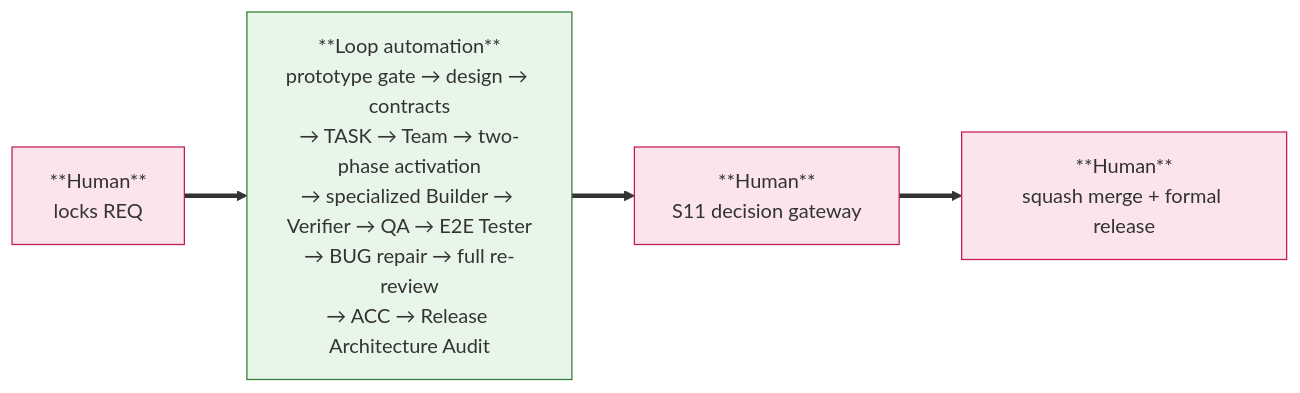
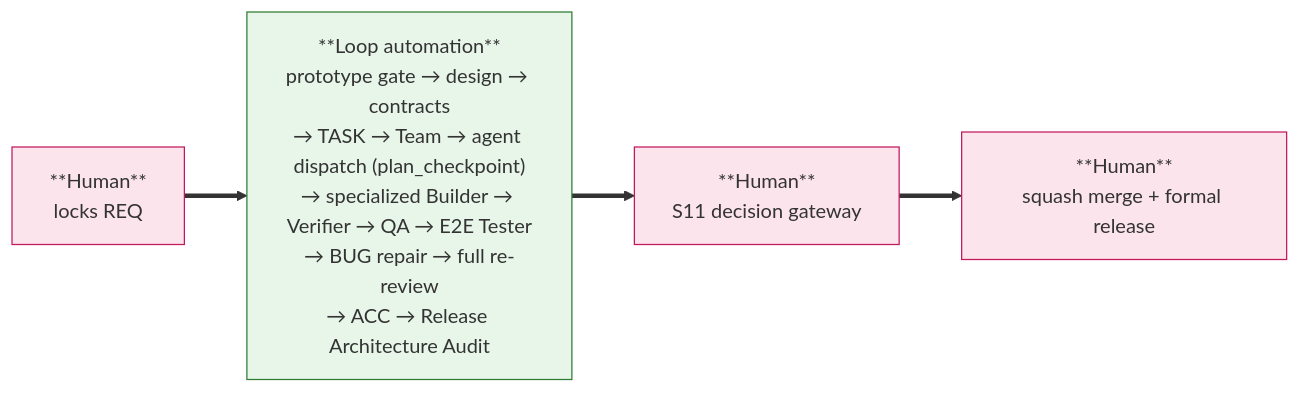
Before and after one commit to Sebs-Lee/go-system-builder: the first of 7 diagrams in docs/README.md, drawn with Mermaid. The commit also changed other lines of this file and 113 other files, not shown here.

First line of the commit message:
feat(S7): verification round — review framework, post-tool-use hook, write barriers, and dispatch skill

````diff
--- a/docs/README.md
+++ b/docs/README.md
@@ -35,10 +35,10 @@
 ```mermaid
 graph LR
     H1["**Human**<br/>locks REQ"]:::human
-    M["**Loop automation**<br/>prototype gate → design → contracts<br/>→ TASK → Team → two-phase activation<br/>→ specialized Builder → Verifier → QA → E2E Tester<br/>→ BUG repair → full re-review<br/>→ ACC → Release Architecture Audit"]:::auto
+    M["**Loop automation**<br/>prototype gate → design → contracts<br/>→ TASK → Team → agent dispatch (plan_checkpoint)<br/>→ specialized Builder → Verifier → QA → E2E Tester<br/>→ BUG repair → full re-review<br/>→ ACC → Release Architecture Audit"]:::auto
     G["**Human**<br/>S11 decision gateway"]:::human
     H2["**Human**<br/>squash merge + formal release"]:::human
     H1 ==> M ==> G ==> H2
     classDef human fill:#fce4ec,stroke:#c2185b
     classDef auto fill:#e8f5e9,stroke:#2e7d32
 ```
````
